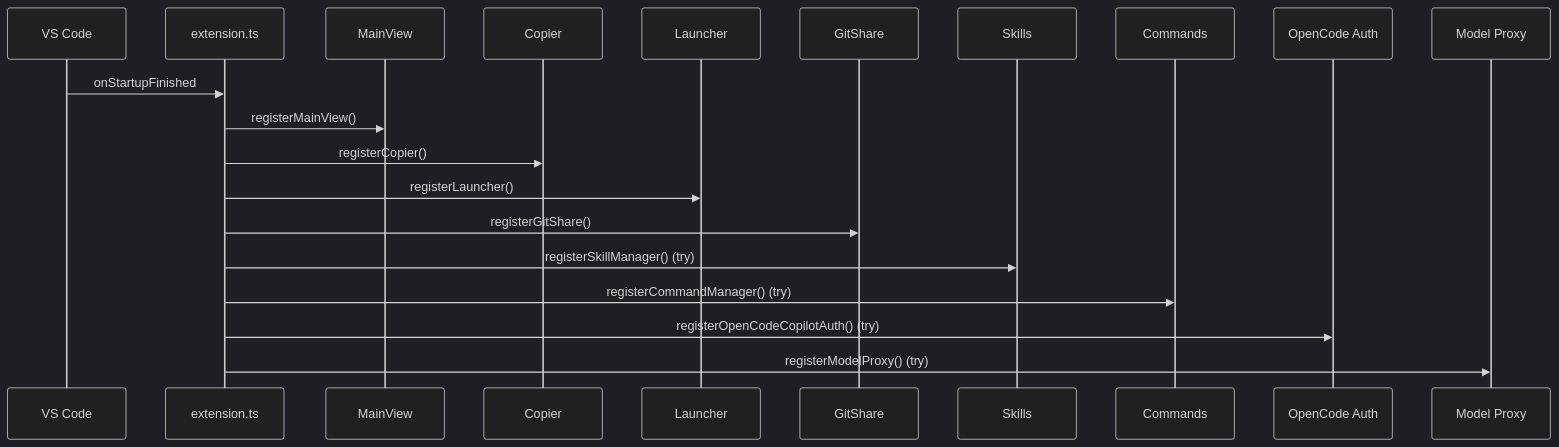
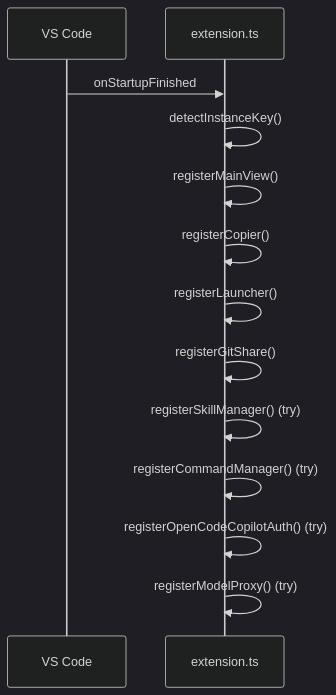
One commit to NAMEWTA/Ampify changed the second of 4 diagrams in .agents/skills/ampify-dev-guide/references/architecture.md. Above: the diagram before and after it, drawn with Mermaid (dark theme). The commit also changed other lines of this file and 15 other files, not shown here.

````diff
--- a/.agents/skills/ampify-dev-guide/references/architecture.md
+++ b/.agents/skills/ampify-dev-guide/references/architecture.md
@@ -56,23 +41,15 @@
 ```mermaid
 sequenceDiagram
     participant VS as VS Code
     participant EXT as extension.ts
-    participant MV as MainView
-    participant COP as Copier
-    participant LAU as Launcher
-    participant GIT as GitShare
-    participant SKI as Skills
-    participant CMD as Commands
-    participant OPA as OpenCode Auth
-    participant MP as Model Proxy
-
     VS->>EXT: onStartupFinished
-    EXT->>MV: registerMainView()
-    EXT->>COP: registerCopier()
-    EXT->>LAU: registerLauncher()
-    EXT->>GIT: registerGitShare()
-    EXT->>SKI: registerSkillManager() (try)
-    EXT->>CMD: registerCommandManager() (try)
-    EXT->>OPA: registerOpenCodeCopilotAuth() (try)
-    EXT->>MP: registerModelProxy() (try)
+    EXT->>EXT: detectInstanceKey()
+    EXT->>EXT: registerMainView()
+    EXT->>EXT: registerCopier()
+    EXT->>EXT: registerLauncher()
+    EXT->>EXT: registerGitShare()
+    EXT->>EXT: registerSkillManager() (try)
+    EXT->>EXT: registerCommandManager() (try)
+    EXT->>EXT: registerOpenCodeCopilotAuth() (try)
+    EXT->>EXT: registerModelProxy() (try)
 ```
````
